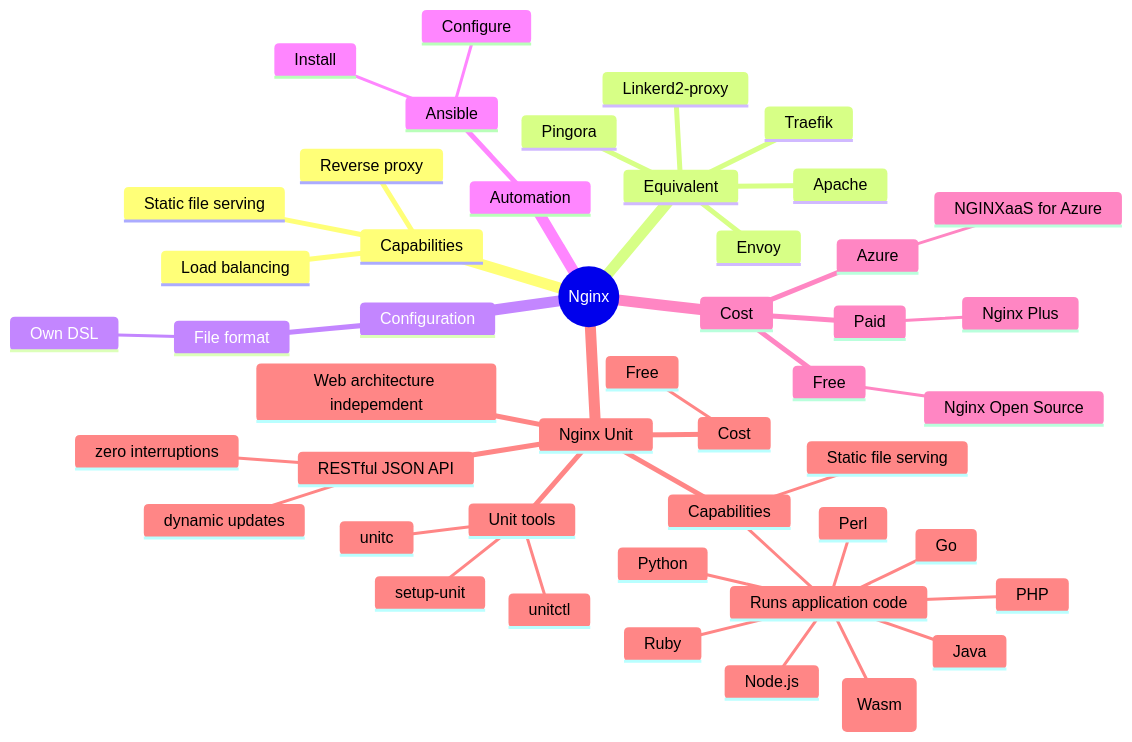
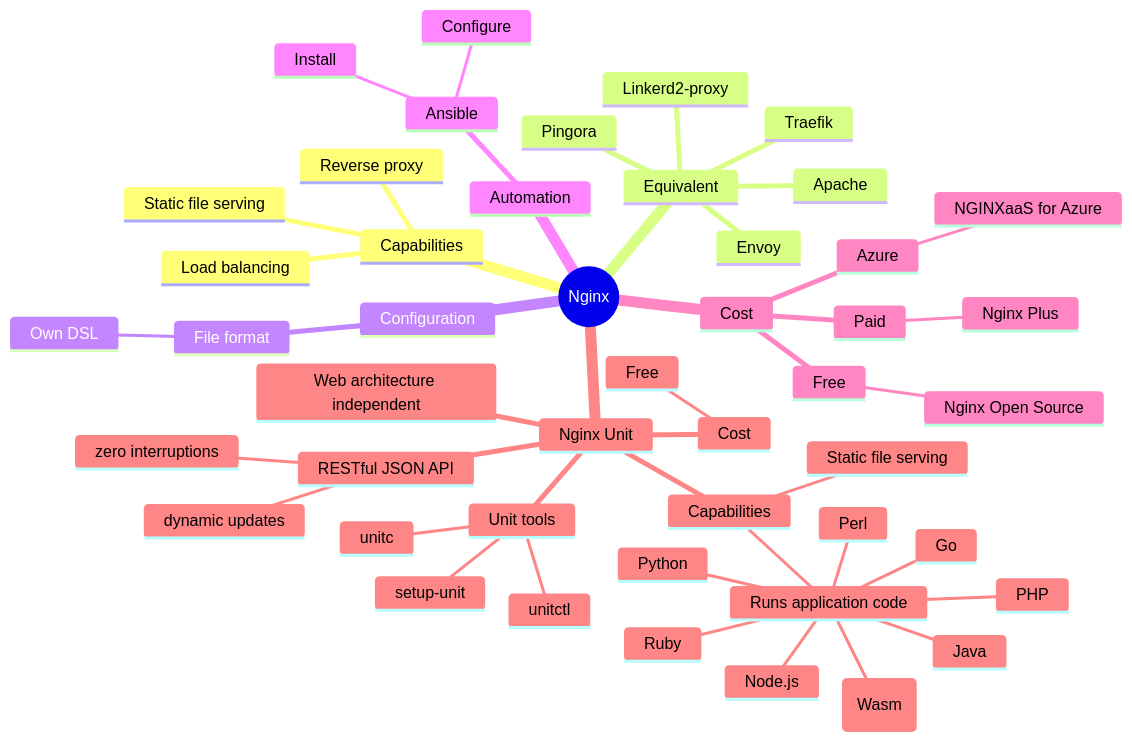
The diagram in README.md (xdvarpunen/nginx-adventure), drawn with Mermaid before and after one commit.

````diff
--- a/README.md
+++ b/README.md
@@ -5,50 +5,50 @@
 ```mermaid
 mindmap
   root((Nginx))
     Capabilities
       Load balancing
       Reverse proxy
       Static file serving
     Equivalent
       Apache
       Pingora
       Envoy
       Linkerd2-proxy
       Traefik
     Configuration
       File format
         Own DSL
     Automation
       Ansible
         Install
         Configure
     Cost
       Free
         Nginx Open Source
       Paid
         Nginx Plus
       Azure
         NGINXaaS for Azure
     Nginx Unit
       Cost
         Free
       Capabilities
         Static file serving
         Runs application code
           Go
           Java
           Node.js
           Perl
           PHP
           Python
           Ruby
           WebAssembly (Wasm)
-      Web architecture indepemdent
+      Web architecture independent
       Unit tools
         setup-unit
         unitc
         unitctl
       RESTful JSON API
         dynamic updates
         zero interruptions
 ```
````
